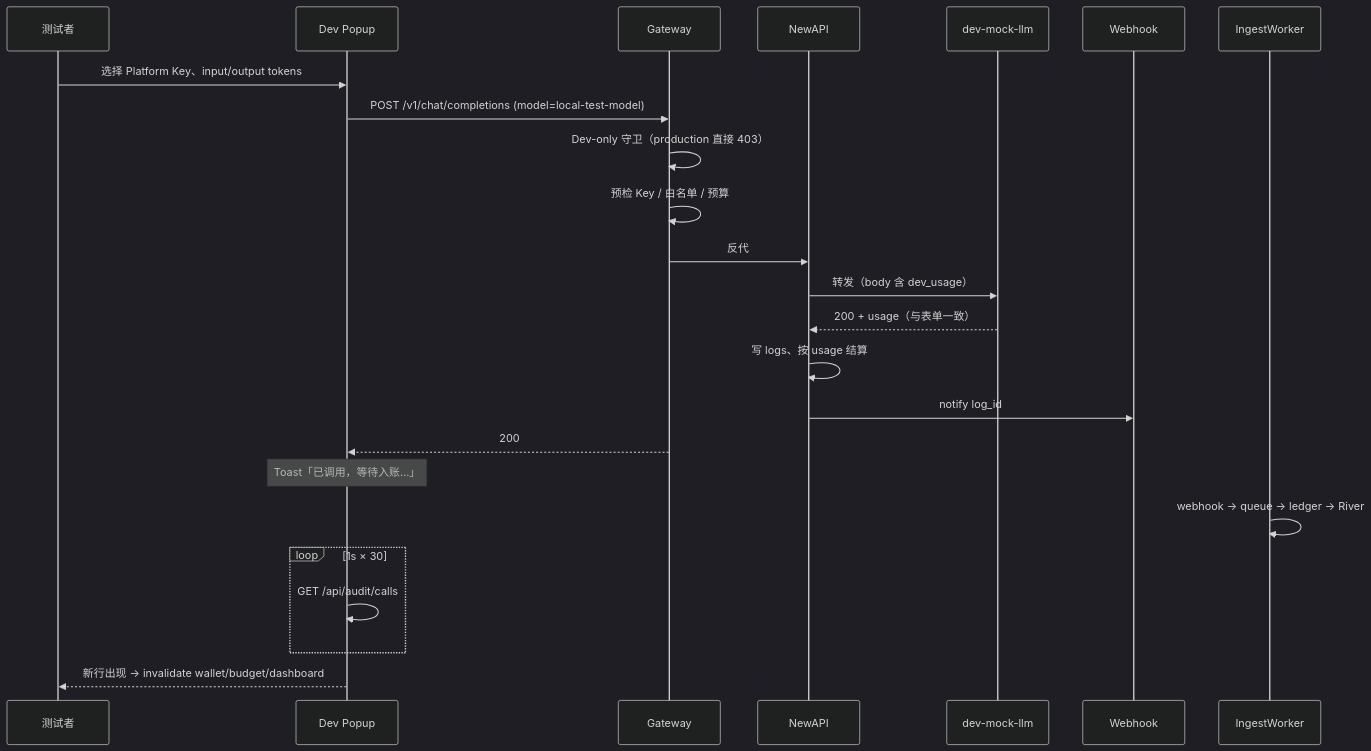
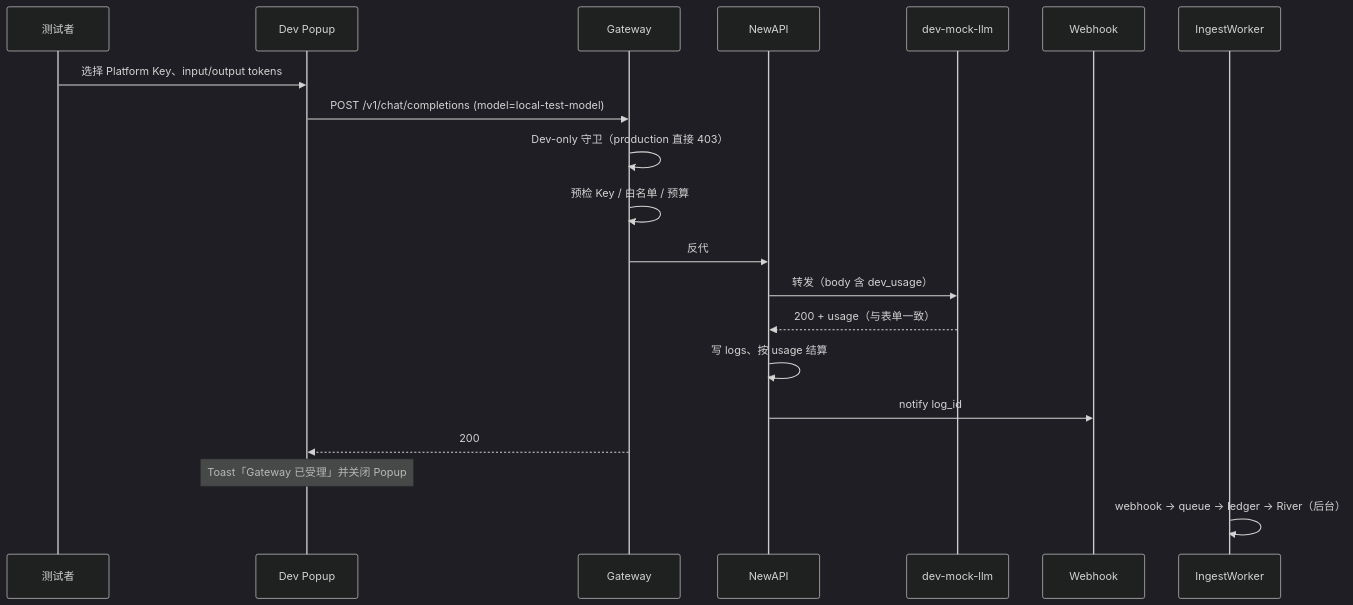
The diagram in docs/manual-testing/本地模式-模拟消耗Popup.md (quyip8818/mytokenjoy), drawn with Mermaid (dark theme) before and after one commit. The commit also changed other lines of this file and 5 other files, not shown here.

First line of the commit message:
fix(dev): close simulate-consume popup after Gateway success

````diff
--- a/docs/manual-testing/本地模式-模拟消耗Popup.md
+++ b/docs/manual-testing/本地模式-模拟消耗Popup.md
@@ -26,27 +26,23 @@
 ```mermaid
 sequenceDiagram
   participant U as 测试者
   participant P as Dev Popup
   participant G as Gateway
   participant N as NewAPI
   participant M as dev-mock-llm
   participant W as Webhook
   participant I as IngestWorker
 
   U->>P: 选择 Platform Key、input/output tokens
   P->>G: POST /v1/chat/completions (model=local-test-model)
   G->>G: Dev-only 守卫（production 直接 403）
   G->>G: 预检 Key / 白名单 / 预算
   G->>N: 反代
   N->>M: 转发（body 含 dev_usage）
   M-->>N: 200 + usage（与表单一致）
   N->>N: 写 logs、按 usage 结算
   N->>W: notify log_id
   G-->>P: 200
-  Note over P: Toast「已调用，等待入账…」
-  I->>I: webhook → queue → ledger → River
-  loop 1s × 30
-    P->>P: GET /api/audit/calls
-  end
-  P-->>U: 新行出现 → invalidate wallet/budget/dashboard
+  Note over P: Toast「Gateway 已受理」并关闭 Popup
+  I->>I: webhook → queue → ledger → River（后台）
 ```
````
